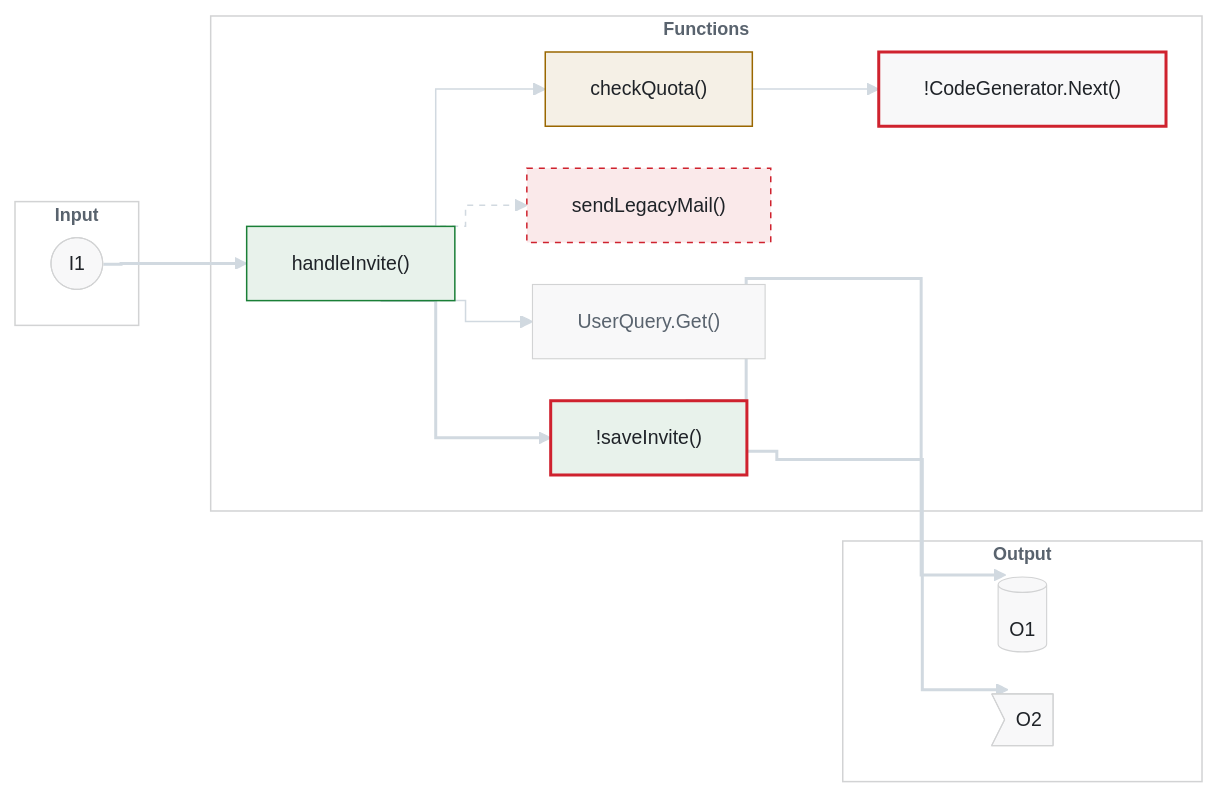
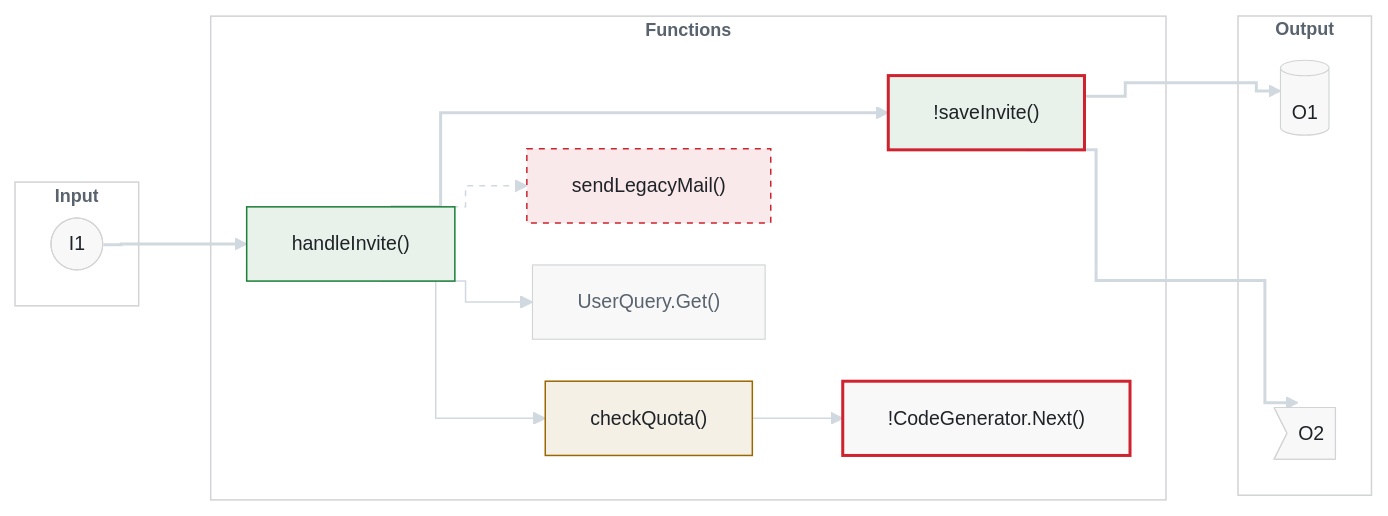
Diagram 12 of 17 in docs/samples/craft-themes.md (gagoar/pr-brief), drawn with Mermaid before and after one commit. The commit also changed other lines of this file, not shown here.

````diff
--- a/docs/samples/craft-themes.md
+++ b/docs/samples/craft-themes.md
@@ -522,39 +546,41 @@
 ```mermaid
 %%{init: {"theme":"base","flowchart":{"curve":"step","nodeSpacing":28,"rankSpacing":48,"diagramPadding":40},"themeVariables":{"darkMode":false,"background":"#ffffff","fontFamily":"Inter, Helvetica, Arial","fontSize":"13px","dropShadow":"none","primaryColor":"#f8f8f9","primaryTextColor":"#1f2328","primaryBorderColor":"#d2d3d4","nodeTextColor":"#1f2328","textColor":"#1f2328","mainBkg":"#f8f8f9","nodeBorder":"#d2d3d4","lineColor":"#d1d9e0","clusterBkg":"#ffffff","clusterBorder":"#d2d3d4","titleColor":"#59636e","edgeLabelBackground":"#ffffff"}}}%%
 graph LR
   subgraph IN["Input"]
     I1(["I1"])
   end
   subgraph FN["Functions"]
     F1["handleInvite()"]:::added
     F2["checkQuota()"]:::modified
     F3["sendLegacyMail()"]:::removed
     F4["UserQuery.Get()"]:::context
     F5["!CodeGenerator.Next()"]:::risk
     F6["!saveInvite()"]:::riskadded
   end
   subgraph OUT["Output"]
     O1[("O1")]
     O2>"O2"]
   end
   I1 ==> F1
   F1 --> F2
   F1 --> F4
   F2 --> F5
   F1 ==> F6
   F1 -.-> F3
   F6 ==> O1
   F6 ==> O2
+  F5 ~~~ O1
+  F5 ~~~ O2
   classDef default fill:#f8f8f9,stroke:#d2d3d4,stroke-width:0.75px,color:#1f2328,font-weight:500
   classDef added fill:#e8f2eb,stroke:#1a7f37,stroke-width:1px,color:#1f2328,font-weight:500
   classDef modified fill:#f5f0e6,stroke:#9a6700,stroke-width:1px,color:#1f2328,font-weight:500
   classDef removed fill:#fae9ea,stroke:#cf222e,stroke-width:1px,stroke-dasharray:4 4,color:#1f2328,font-weight:500
   classDef context fill:#f8f8f9,stroke:#d2d3d4,stroke-width:0.75px,color:#59636e,font-weight:500
   classDef risk fill:#f8f8f9,stroke:#cf222e,stroke-width:2px,color:#1f2328,font-weight:500
   classDef riskadded fill:#e8f2eb,stroke:#cf222e,stroke-width:2px,color:#1f2328,font-weight:500
   classDef zone fill:#ffffff,stroke:#d2d3d4,stroke-width:1px,color:#59636e,font-weight:600,font-size:12px
   class IN,FN,OUT zone
-  linkStyle default stroke:#d1d9e0,stroke-width:1px
+  linkStyle 1,2,3 stroke:#d1d9e0,stroke-width:1px
   linkStyle 0,4,6,7 stroke:#d1d9e0,stroke-width:2px
   linkStyle 5 stroke:#d1d9e0,stroke-width:1px,stroke-dasharray:4 4
 ```
````
